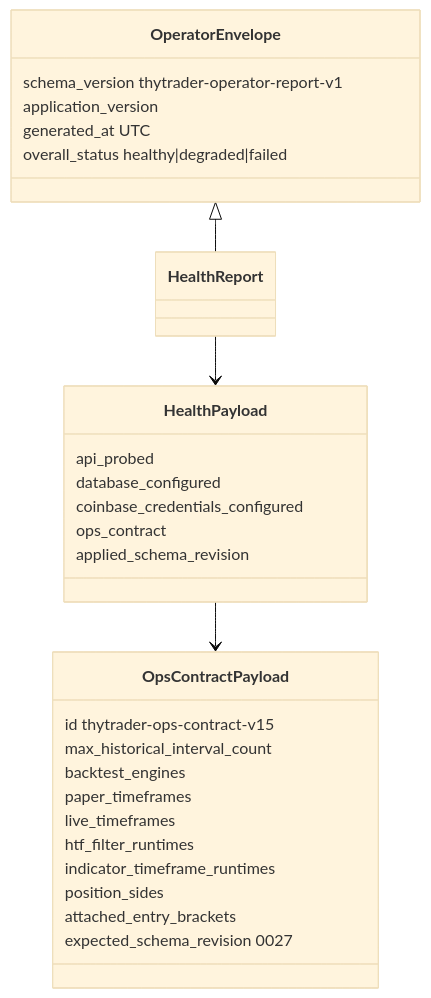
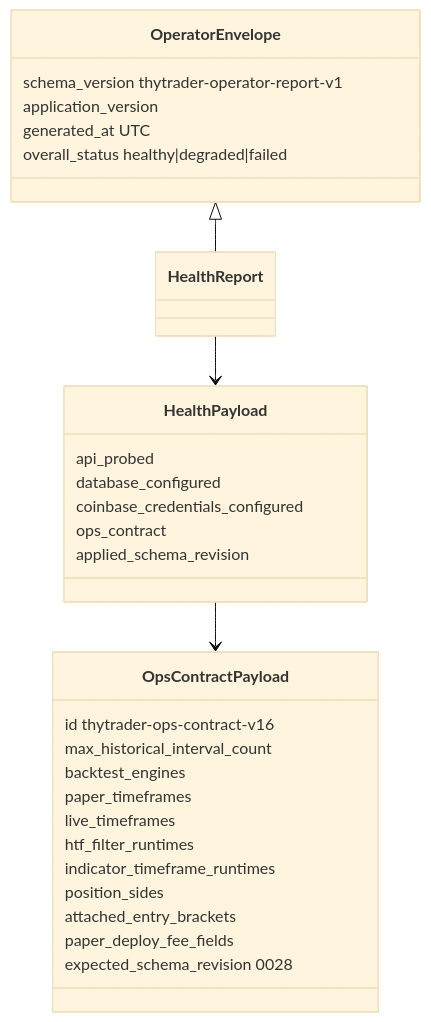
The first of 2 diagrams in docs/architecture/contracts/ops-contract.md (Zoltesh/thytrader), drawn with Mermaid (base theme) before and after one commit. The commit also changed other lines of this file and 46 other files, not shown here.

First line of the commit message:
feat(paper): deploy maker and taker fee fields

````diff
--- a/docs/architecture/contracts/ops-contract.md
+++ b/docs/architecture/contracts/ops-contract.md
@@ -25,31 +26,32 @@
 ```mermaid
 classDiagram
   class OpsContractPayload {
-    id thytrader-ops-contract-v15
+    id thytrader-ops-contract-v16
     max_historical_interval_count
     backtest_engines
     paper_timeframes
     live_timeframes
     htf_filter_runtimes
     indicator_timeframe_runtimes
     position_sides
     attached_entry_brackets
-    expected_schema_revision 0027
+    paper_deploy_fee_fields
+    expected_schema_revision 0028
   }
   class HealthPayload {
     api_probed
     database_configured
     coinbase_credentials_configured
     ops_contract
     applied_schema_revision
   }
   class OperatorEnvelope {
     schema_version thytrader-operator-report-v1
     application_version
     generated_at UTC
     overall_status healthy|degraded|failed
   }
   HealthPayload --> OpsContractPayload
   OperatorEnvelope <|-- HealthReport
   HealthReport --> HealthPayload
 ```
````
